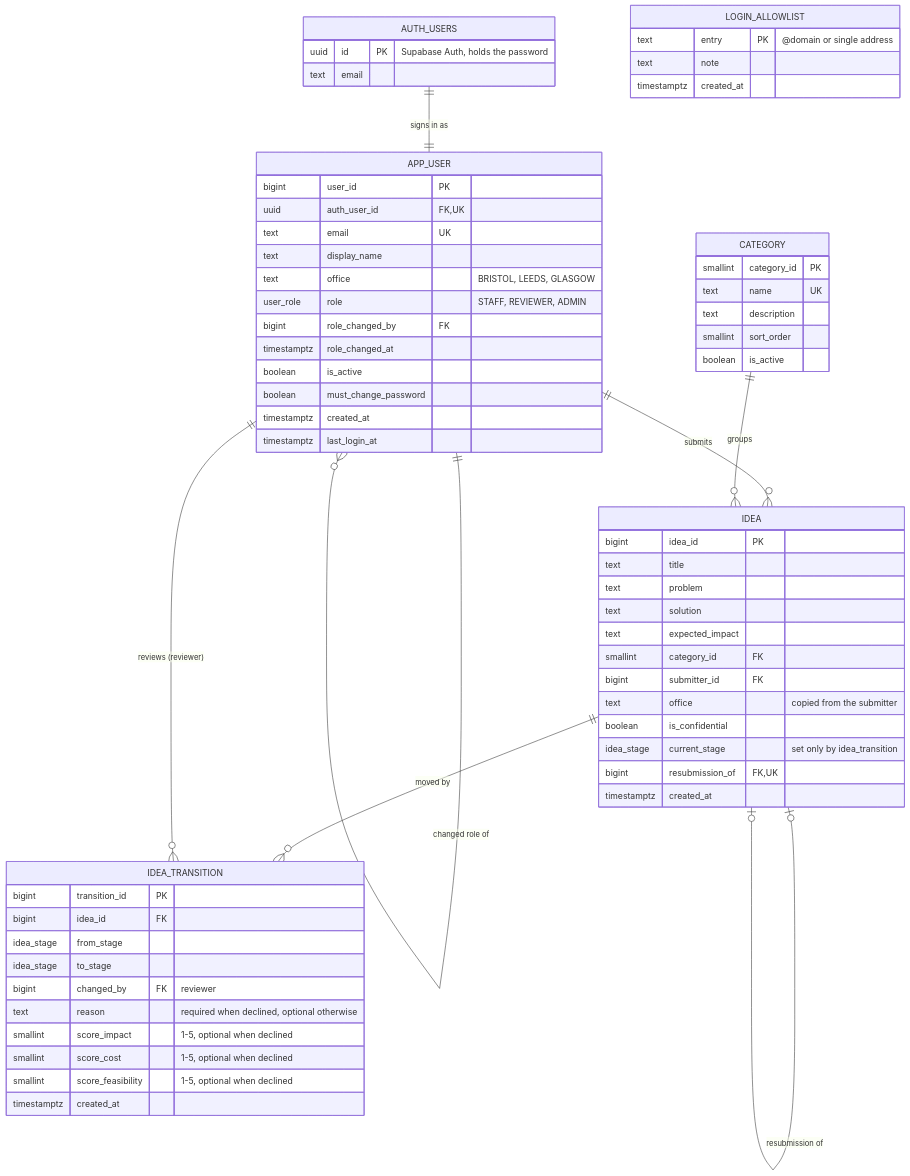
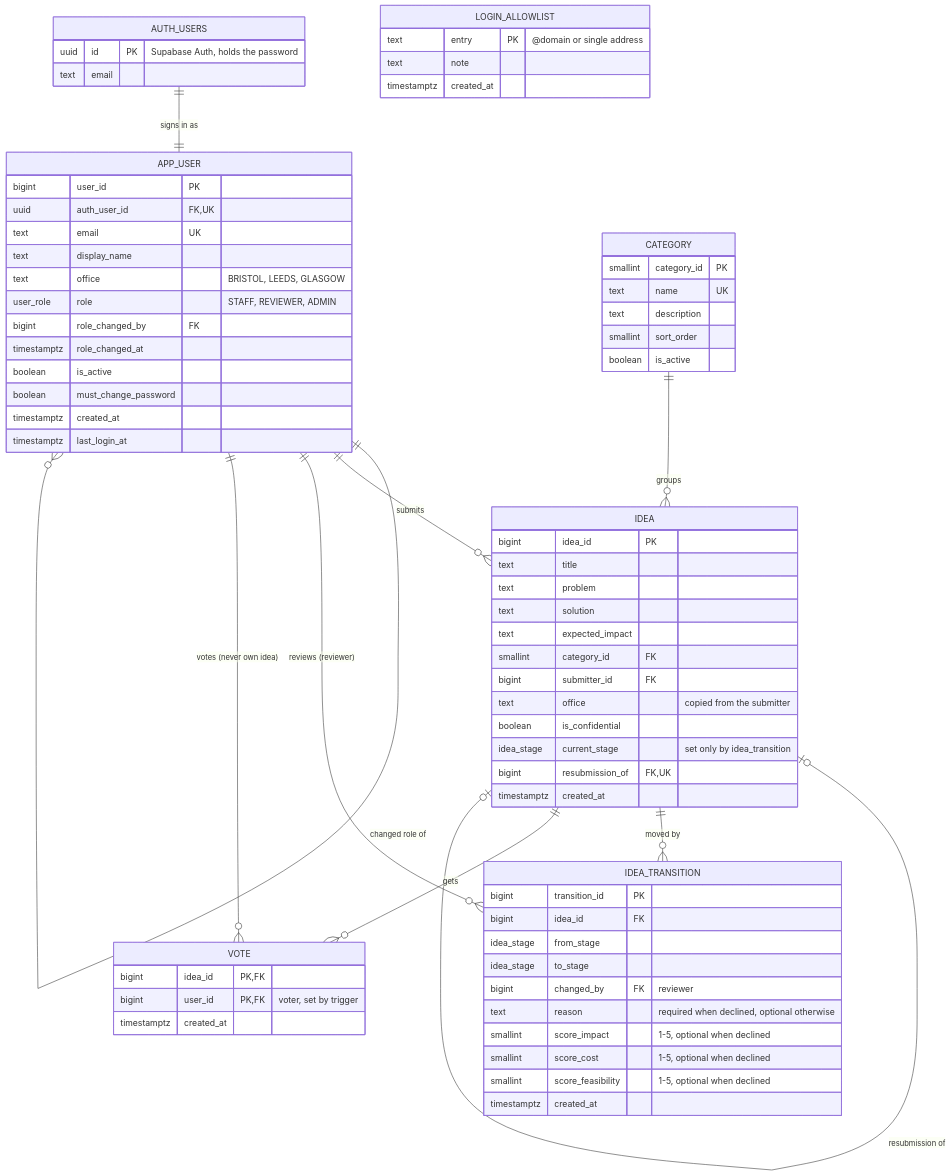
The diagram in design/DataModel/Implemented-Datamodel/dataModel.md (mistakanista/ideaforge), drawn with Mermaid before and after one commit. The commit also changed other lines of this file and 4 other files, not shown here.

````diff
--- a/design/DataModel/Implemented-Datamodel/dataModel.md
+++ b/design/DataModel/Implemented-Datamodel/dataModel.md
@@ -10,67 +10,74 @@
 ```mermaid
 erDiagram
     AUTH_USERS ||--|| APP_USER : "signs in as"
     APP_USER ||--o{ APP_USER : "changed role of"
     APP_USER ||--o{ IDEA : submits
     CATEGORY ||--o{ IDEA : groups
     IDEA |o--o| IDEA : "resubmission of"
     IDEA ||--o{ IDEA_TRANSITION : "moved by"
     APP_USER ||--o{ IDEA_TRANSITION : "reviews (reviewer)"
+    IDEA ||--o{ VOTE : "gets"
+    APP_USER ||--o{ VOTE : "votes (never own idea)"
 
     AUTH_USERS {
         uuid id PK "Supabase Auth, holds the password"
         text email
     }
     APP_USER {
         bigint user_id PK
         uuid auth_user_id FK,UK
         text email UK
         text display_name
         text office "BRISTOL, LEEDS, GLASGOW"
         user_role role "STAFF, REVIEWER, ADMIN"
         bigint role_changed_by FK
         timestamptz role_changed_at
         boolean is_active
         boolean must_change_password
         timestamptz created_at
         timestamptz last_login_at
     }
     LOGIN_ALLOWLIST {
         text entry PK "@domain or single address"
         text note
         timestamptz created_at
     }
     CATEGORY {
         smallint category_id PK
         text name UK
         text description
         smallint sort_order
         boolean is_active
     }
     IDEA {
         bigint idea_id PK
         text title
         text problem
         text solution
         text expected_impact
         smallint category_id FK
         bigint submitter_id FK
         text office "copied from the submitter"
         boolean is_confidential
         idea_stage current_stage "set only by idea_transition"
         bigint resubmission_of FK,UK
         timestamptz created_at
     }
     IDEA_TRANSITION {
         bigint transition_id PK
         bigint idea_id FK
         idea_stage from_stage
         idea_stage to_stage
         bigint changed_by FK "reviewer"
         text reason "required when declined, optional otherwise"
         smallint score_impact "1-5, optional when declined"
         smallint score_cost "1-5, optional when declined"
         smallint score_feasibility "1-5, optional when declined"
         timestamptz created_at
     }
+    VOTE {
+        bigint idea_id PK,FK
+        bigint user_id PK,FK "voter, set by trigger"
+        timestamptz created_at
+    }
 ```
````
